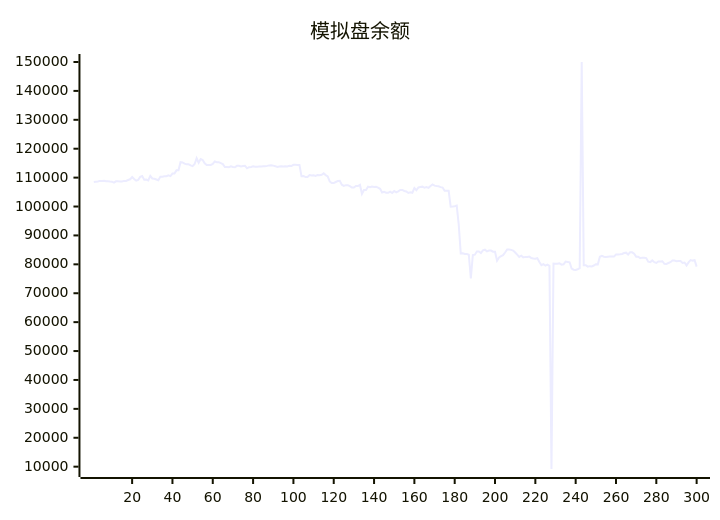
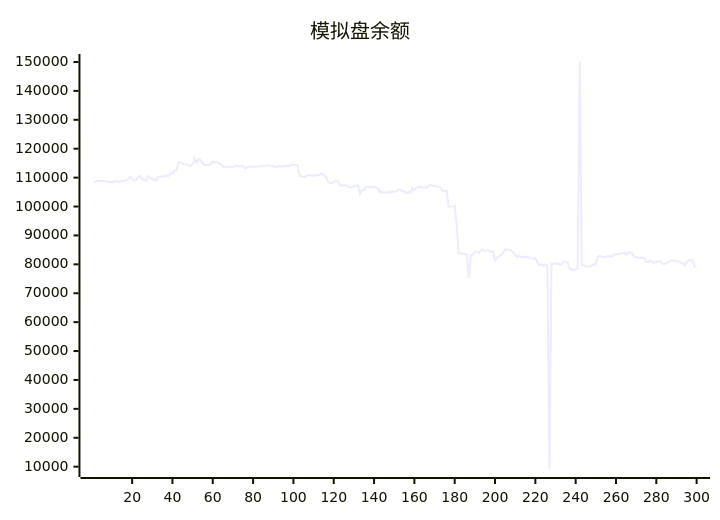
One commit to aahl/ai-trading changed the diagram in README.md. Above: the diagram before and after it, drawn with Mermaid. The commit also changed other lines of this file and 1 other file, not shown here.

````diff
--- a/README.md
+++ b/README.md
@@ -5,5 +5,5 @@
 ```mermaid
 xychart
     title "模拟盘余额"
-    line [108506,108603,108645,108864,108864,108897,108718,108760,108648,108602,108262,108718,108752,108644,108644,108863,108823,109162,109419,110224,109539,108945,109172,110262,110546,109304,109343,109053,110606,109702,109584,109337,109071,110342,110342,110488,110488,110814,110531,111421,111421,112518,112522,115341,115266,114830,114584,114588,114231,113973,114726,116697,115160,116423,116083,114950,114365,114365,114388,114730,115582,115358,115358,115032,114686,113688,113688,113610,113930,113672,113585,114083,114074,113840,113996,114051,113208,113593,113701,113901,113794,113784,113810,113848,113927,113929,114064,114232,114293,114144,113960,113698,113853,113942,113812,113908,113877,114091,113998,114427,114422,114384,114384,110477,110576,110198,110198,110890,110712,110812,110569,110929,110847,110968,111478,110870,110433,108661,108116,108115,108485,108797,108877,107536,107134,107393,107393,107046,106565,106565,107081,107081,107478,104404,105715,105749,106866,106651,106889,106771,106816,106565,106141,104876,105103,104796,104734,105169,104690,105380,104941,105272,105709,105739,105374,105227,104691,104924,104762,106364,105628,106608,106748,106872,106485,106721,106468,107132,107620,107224,107080,107001,106717,106567,105431,105431,105440,99950,100017,100113,100337,93749,83795,83807,83567,83567,83342,75168,83222,83336,84448,84449,83896,84839,85065,84499,84757,84757,84364,84347,81254,82385,82835,83184,84099,85150,85150,85002,84751,84096,83356,82582,82983,82404,82572,82512,82688,82200,82047,81920,82125,80840,79688,80060,79552,79920,79470,9193,80236,80208,80170,80336,79894,80006,80954,80837,80712,78561,78139,78037,78293,78682,150000,79720,79720,79214,79372,79279,79591,80046,79993,82625,82950,82626,82571,82633,82670,82670,82681,83386,83378,83464,83579,83920,84037,83402,84160,84142,83652,82655,82655,82145,82315,82243,82163,80934,80770,81371,80742,80468,80989,80989,81067,80191,80155,80450,80737,81309,81309,81106,81119,81119,80471,80631,79624,80670,81448,81290,81429,79212]
+    line [108603,108645,108864,108864,108897,108718,108760,108648,108602,108262,108718,108752,108644,108644,108863,108823,109162,109419,110224,109539,108945,109172,110262,110546,109304,109343,109053,110606,109702,109584,109337,109071,110342,110342,110488,110488,110814,110531,111421,111421,112518,112522,115341,115266,114830,114584,114588,114231,113973,114726,116697,115160,116423,116083,114950,114365,114365,114388,114730,115582,115358,115358,115032,114686,113688,113688,113610,113930,113672,113585,114083,114074,113840,113996,114051,113208,113593,113701,113901,113794,113784,113810,113848,113927,113929,114064,114232,114293,114144,113960,113698,113853,113942,113812,113908,113877,114091,113998,114427,114422,114384,114384,110477,110576,110198,110198,110890,110712,110812,110569,110929,110847,110968,111478,110870,110433,108661,108116,108115,108485,108797,108877,107536,107134,107393,107393,107046,106565,106565,107081,107081,107478,104404,105715,105749,106866,106651,106889,106771,106816,106565,106141,104876,105103,104796,104734,105169,104690,105380,104941,105272,105709,105739,105374,105227,104691,104924,104762,106364,105628,106608,106748,106872,106485,106721,106468,107132,107620,107224,107080,107001,106717,106567,105431,105431,105440,99950,100017,100113,100337,93749,83795,83807,83567,83567,83342,75168,83222,83336,84448,84449,83896,84839,85065,84499,84757,84757,84364,84347,81254,82385,82835,83184,84099,85150,85150,85002,84751,84096,83356,82582,82983,82404,82572,82512,82688,82200,82047,81920,82125,80840,79688,80060,79552,79920,79470,9193,80236,80208,80170,80336,79894,80006,80954,80837,80712,78561,78139,78037,78293,78682,150000,79720,79720,79214,79372,79279,79591,80046,79993,82625,82950,82626,82571,82633,82670,82670,82681,83386,83378,83464,83579,83920,84037,83402,84160,84142,83652,82655,82655,82145,82315,82243,82163,80934,80770,81371,80742,80468,80989,80989,81067,80191,80155,80450,80737,81309,81309,81106,81119,81119,80471,80631,79624,80670,81448,81290,81429,79212,79222]
 ```
````
